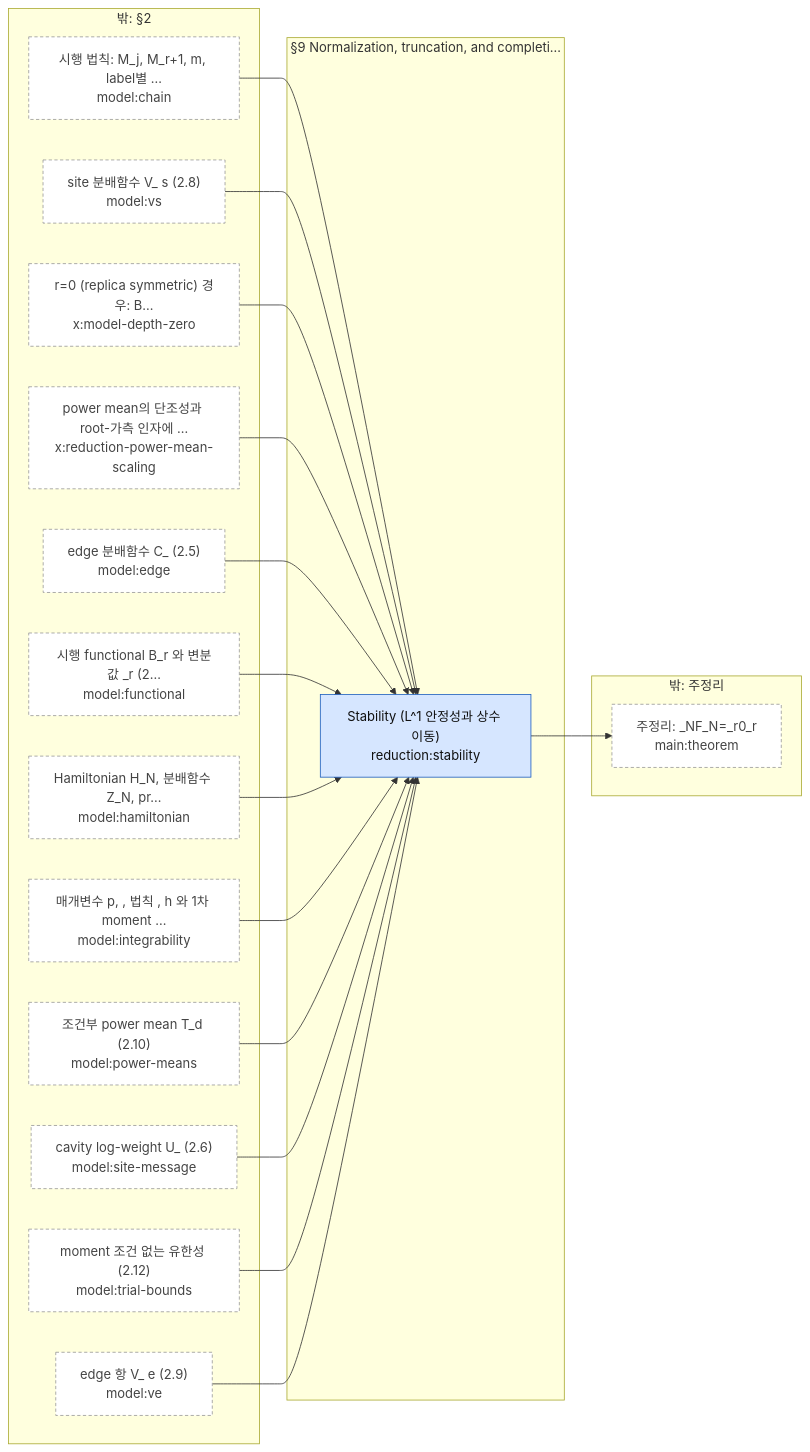
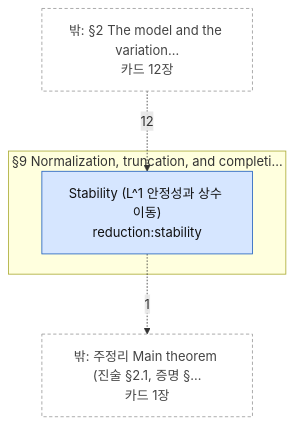
The diagram in redesign/build/artifact/maps/sec-reduction.mmd (EuijinJeon/math2phys-site), drawn with Mermaid before and after one commit. The commit also changed 40 other files, not shown here.

```diff
--- a/redesign/build/artifact/maps/sec-reduction.mmd
+++ b/redesign/build/artifact/maps/sec-reduction.mmd
@@ -1,53 +1,16 @@
-flowchart LR
+flowchart TB
   subgraph IN["§9 Normalization, truncation, and completi…"]
     a0["Stability (L^1 안정성과 상수 이동)<br/>reduction:stability"]
   end
-  subgraph X0["밖: 주정리"]
-    e0["주정리: _NF_N=_r0_r<br/>main:theorem"]
-  end
-  subgraph X1["밖: §2"]
-    e1["시행 법칙: M_j, M_r+1, m, label별 …<br/>model:chain"]
-    e2["edge 분배함수 C_ (2.5)<br/>model:edge"]
-    e3["시행 functional B_r 와 변분값 _r (2…<br/>model:functional"]
-    e4["Hamiltonian H_N, 분배함수 Z_N, pr…<br/>model:hamiltonian"]
-    e5["매개변수 p, , 법칙 , h 와 1차 moment …<br/>model:integrability"]
-    e6["조건부 power mean T_d (2.10)<br/>model:power-means"]
-    e7["cavity log-weight U_ (2.6)<br/>model:site-message"]
-    e8["moment 조건 없는 유한성 (2.12)<br/>model:trial-bounds"]
-    e9["edge 항 V_ e (2.9)<br/>model:ve"]
-    e10["site 분배함수 V_ s (2.8)<br/>model:vs"]
-    e11["r=0 (replica symmetric) 경우: B…<br/>x:model-depth-zero"]
-    e12["power mean의 단조성과 root-가측 인자에 …<br/>x:reduction-power-mean-scaling"]
-  end
-  a0 --> e0
-  e1 --> a0
-  e10 --> a0
-  e11 --> a0
-  e12 --> a0
-  e2 --> a0
-  e3 --> a0
-  e4 --> a0
-  e5 --> a0
-  e6 --> a0
-  e7 --> a0
-  e8 --> a0
-  e9 --> a0
+  X0["밖: §2 The model and the variation…<br/>카드 12장"]
+  X1["밖: 주정리 Main theorem (진술 §2.1, 증명 §…<br/>카드 1장"]
+  X0 -.->|12| a0
+  a0 -.->|1| X1
   classDef thm fill:#d6e6ff,stroke:#1f5fbf,color:#111;
   classDef oth fill:#eef0f3,stroke:#8a8f98,color:#222;
   classDef ext fill:#fff,stroke:#999,stroke-dasharray:4 3,color:#444;
   class a0 thm;
-  class e0,e1,e2,e3,e4,e5,e6,e7,e8,e9,e10,e11,e12 ext;
+  class X0,X1 ext;
   click a0 "cards/reduction.stability.html"
-  click e0 "cards/main.theorem.html"
-  click e1 "cards/model.chain.html"
-  click e2 "cards/model.edge.html"
-  click e3 "cards/model.functional.html"
-  click e4 "cards/model.hamiltonian.html"
-  click e5 "cards/model.integrability.html"
-  click e6 "cards/model.power-means.html"
-  click e7 "cards/model.site-message.html"
-  click e8 "cards/model.trial-bounds.html"
-  click e9 "cards/model.ve.html"
-  click e10 "cards/model.vs.html"
-  click e11 "cards/x.model-depth-zero.html"
-  click e12 "cards/x.reduction-power-mean-scaling.html"
+  click X0 "map-model.html"
+  click X1 "map-main.html"
```
